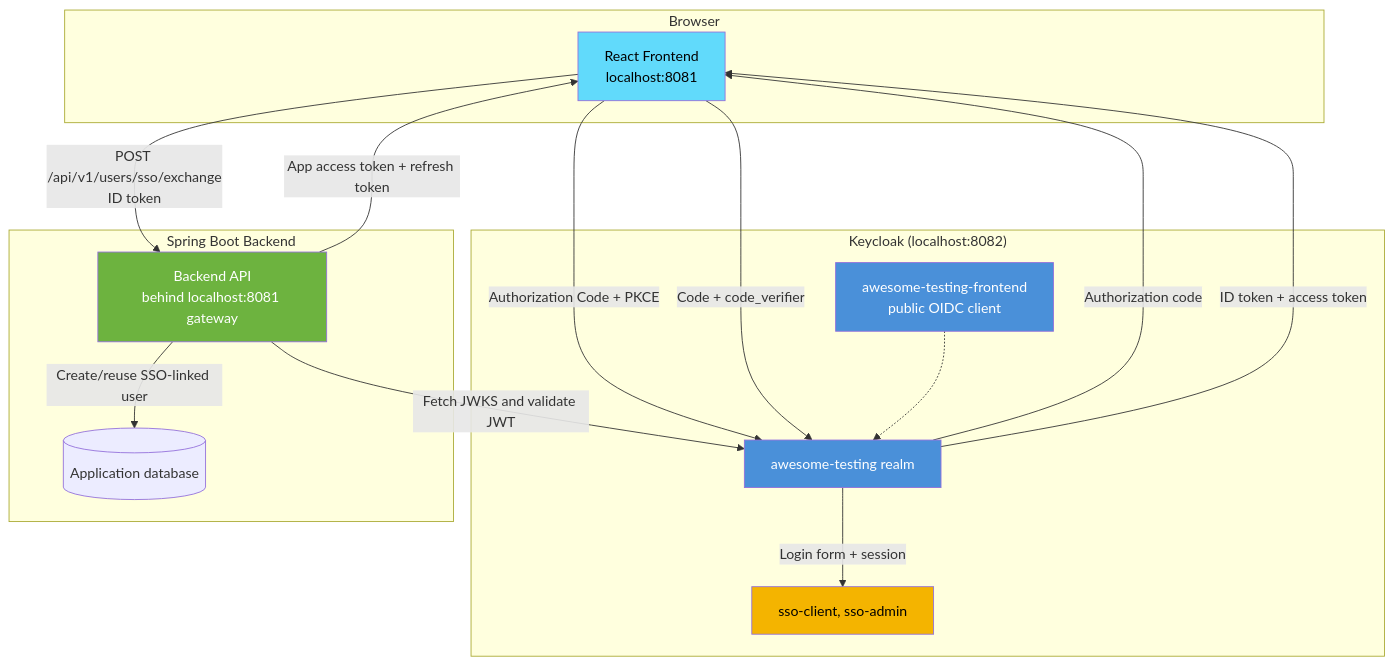
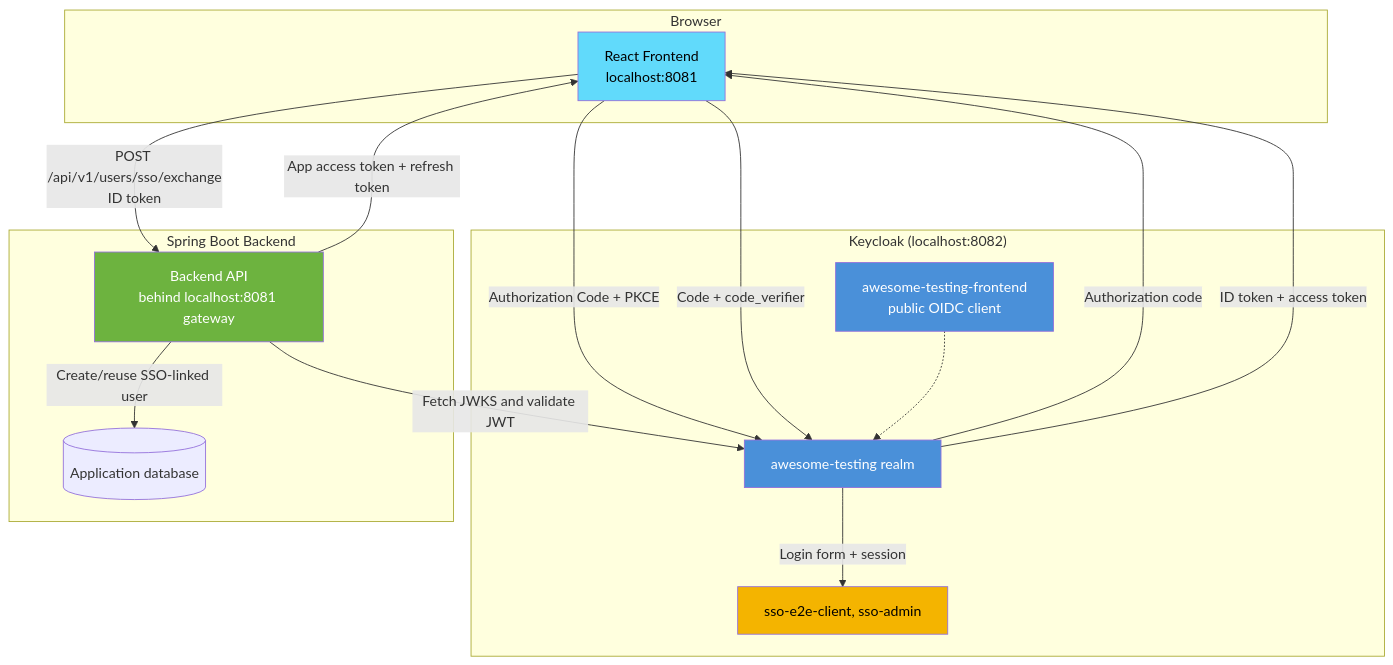
The first of 6 diagrams in docs/SSO_FLOW.md (slawekradzyminski/awesome-localstack), drawn with Mermaid before and after one commit. The commit also changed other lines of this file and 4 other files, not shown here.

````diff
--- a/docs/SSO_FLOW.md
+++ b/docs/SSO_FLOW.md
@@ -29,35 +29,35 @@
 ```mermaid
 graph TB
     subgraph Browser
         FE[React Frontend<br/>localhost:8081]
     end
 
     subgraph "Keycloak (localhost:8082)"
         KC[awesome-testing realm]
         CLIENT[awesome-testing-frontend<br/>public OIDC client]
-        USERS[sso-client, sso-admin]
+        USERS[sso-e2e-client, sso-admin]
     end
 
     subgraph "Spring Boot Backend"
         BE[Backend API<br/>behind localhost:8081 gateway]
         DB[(Application database)]
     end
 
     FE -->|"Authorization Code + PKCE"| KC
     KC -->|"Login form + session"| USERS
     KC -->|"Authorization code"| FE
     FE -->|"Code + code_verifier"| KC
     KC -->|"ID token + access token"| FE
     FE -->|"POST /api/v1/users/sso/exchange<br/>ID token"| BE
     BE -->|"Fetch JWKS and validate JWT"| KC
     BE -->|"Create/reuse SSO-linked user"| DB
     BE -->|"App access token + refresh token"| FE
 
     CLIENT -.-> KC
 
     style KC fill:#4A90D9,color:#fff
     style CLIENT fill:#4A90D9,color:#fff
     style USERS fill:#F4B400,color:#000
     style FE fill:#61DAFB,color:#000
     style BE fill:#6DB33F,color:#fff
 ```
````
